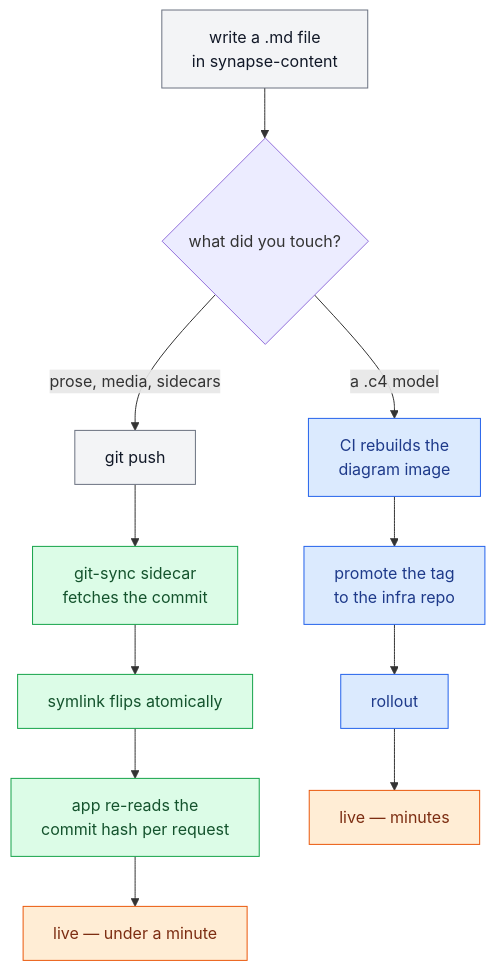
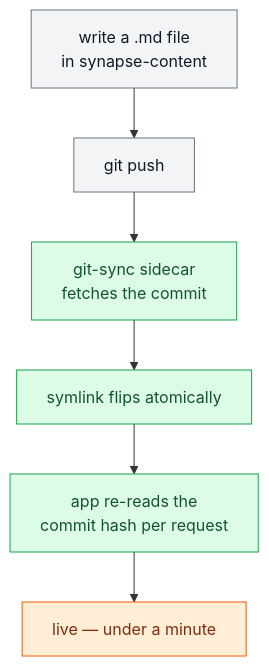
One commit to ani2fun/synapse-content changed the diagram in blog/working-with-synapse.md. Above: the diagram before and after it, drawn with Mermaid. The commit also changed other lines of this file and 2 other files, not shown here.

````diff
--- a/blog/working-with-synapse.md
+++ b/blog/working-with-synapse.md
@@ -592,23 +636,18 @@
 ```mermaid
 flowchart TD
-    A["write a .md file<br/>in synapse-content"] --> B{what did you touch?}
-    B -->|"prose, media, sidecars"| C[git push]
+    A["write a .md file<br/>in synapse-content"] --> C[git push]
     C --> D["git-sync sidecar<br/>fetches the commit"]
     D --> E["symlink flips atomically"]
     E --> F["app re-reads the<br/>commit hash per request"]
     F --> G["live — under a minute"]
-    B -->|"a .c4 model"| H["CI rebuilds the<br/>diagram image"]
-    H --> I["promote the tag<br/>to the infra repo"]
-    I --> J["rollout"]
-    J --> K["live — minutes"]
 
     class A,C client
     class D,E,F svc
     class H,I,J edge
     class G,K data
 
     classDef client fill:#f3f4f6,stroke:#6b7280,color:#111827;
     classDef edge   fill:#dbeafe,stroke:#2563eb,color:#1e3a8a;
     classDef svc    fill:#dcfce7,stroke:#16a34a,color:#14532d;
     classDef data   fill:#ffedd5,stroke:#ea580c,color:#7c2d12;
 ```
````
